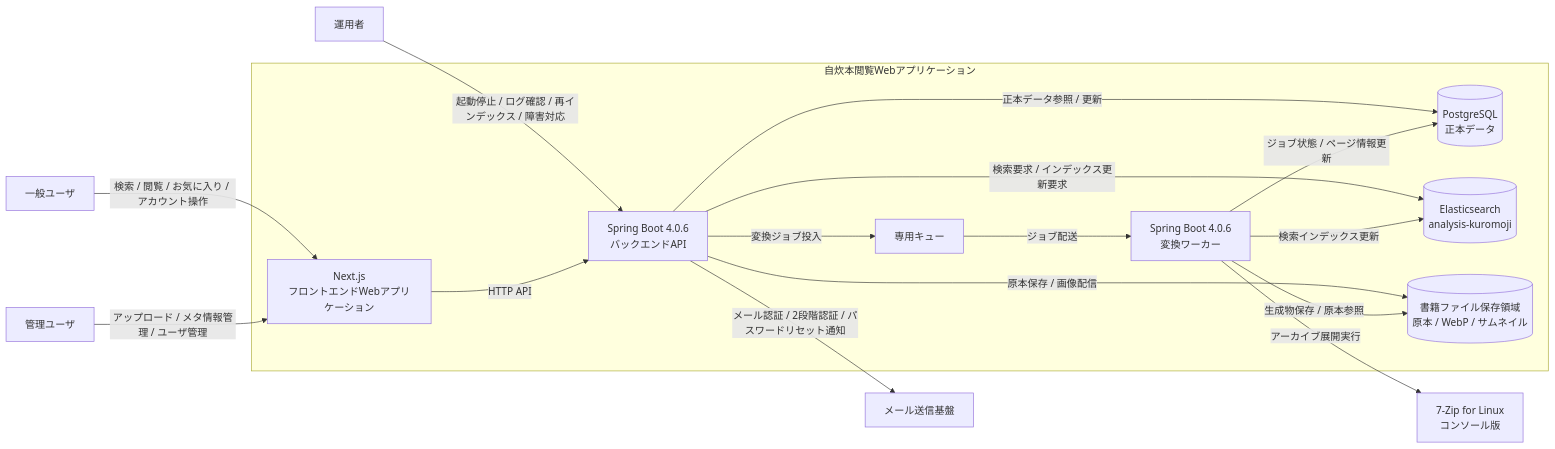
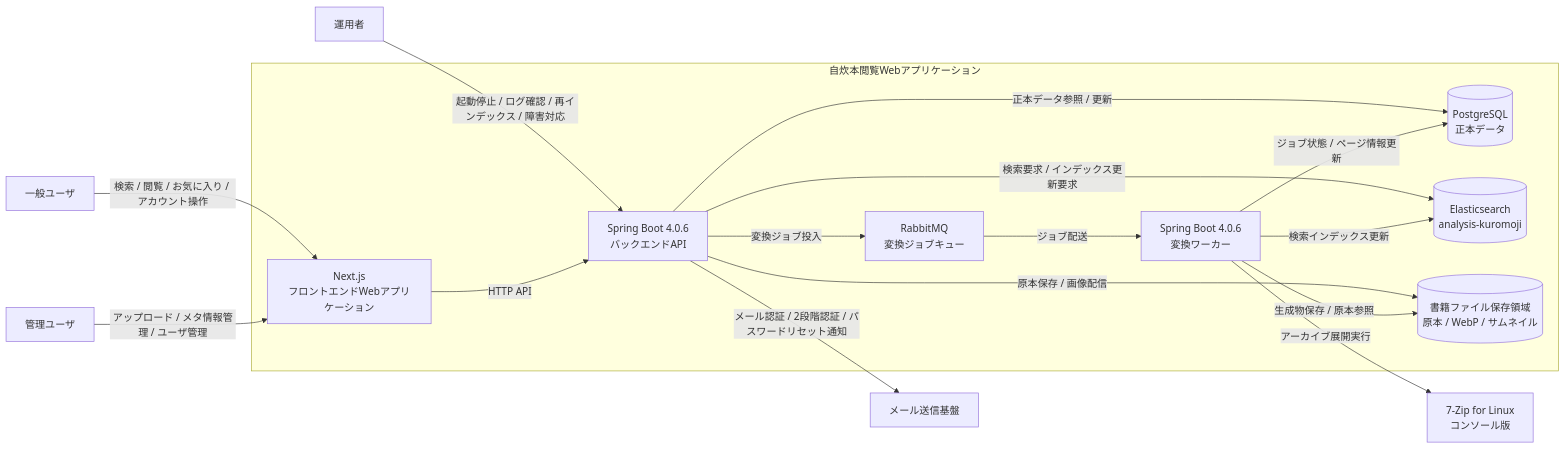
One commit to dommyttdev/book-viewer changed the diagram in doc/03_architecture/04_system_context.md. Above: the diagram before and after it, drawn with Mermaid. The commit also changed other lines of this file and 30 other files, not shown here.

````diff
--- a/doc/03_architecture/04_system_context.md
+++ b/doc/03_architecture/04_system_context.md
@@ -48,35 +48,35 @@
 ```mermaid
 flowchart LR
   generalUser["一般ユーザ"]
   adminUser["管理ユーザ"]
   operator["運用者"]
   mail["メール送信基盤"]
   sevenZip["7-Zip for Linux<br>コンソール版"]
 
   subgraph system["自炊本閲覧Webアプリケーション"]
     frontend["Next.js<br>フロントエンドWebアプリケーション"]
     api["Spring Boot 4.0.6<br>バックエンドAPI"]
     worker["Spring Boot 4.0.6<br>変換ワーカー"]
-    queue["専用キュー"]
+    queue["RabbitMQ<br>変換ジョブキュー"]
     db[("PostgreSQL<br>正本データ")]
     search[("Elasticsearch<br>analysis-kuromoji")]
     storage[("書籍ファイル保存領域<br>原本 / WebP / サムネイル")]
   end
 
   generalUser -->|"検索 / 閲覧 / お気に入り / アカウント操作"| frontend
   adminUser -->|"アップロード / メタ情報管理 / ユーザ管理"| frontend
   operator -->|"起動停止 / ログ確認 / 再インデックス / 障害対応"| api
 
   frontend -->|"HTTP API"| api
   api -->|"メール認証 / 2段階認証 / パスワードリセット通知"| mail
   api -->|"正本データ参照 / 更新"| db
   api -->|"検索要求 / インデックス更新要求"| search
   api -->|"原本保存 / 画像配信"| storage
   api -->|"変換ジョブ投入"| queue
 
   queue -->|"ジョブ配送"| worker
   worker -->|"ジョブ状態 / ページ情報更新"| db
   worker -->|"生成物保存 / 原本参照"| storage
   worker -->|"検索インデックス更新"| search
   worker -->|"アーカイブ展開実行"| sevenZip
 ```
````
